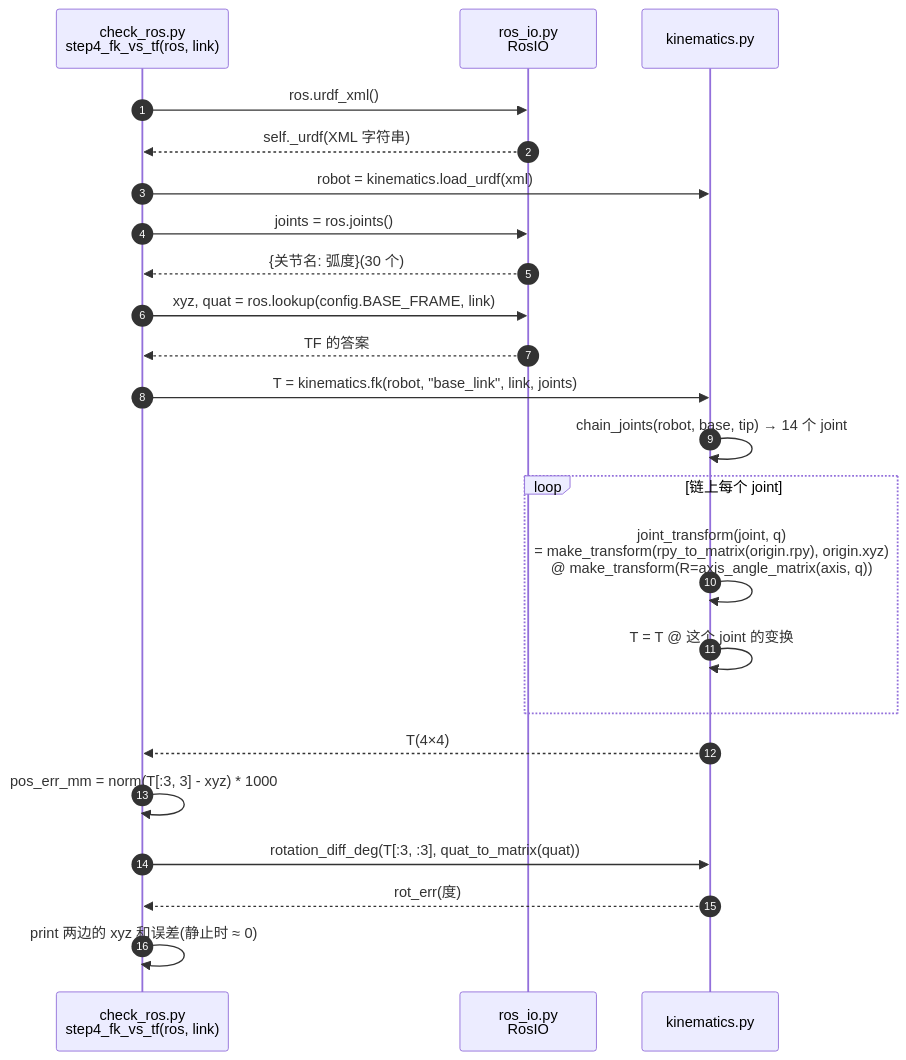
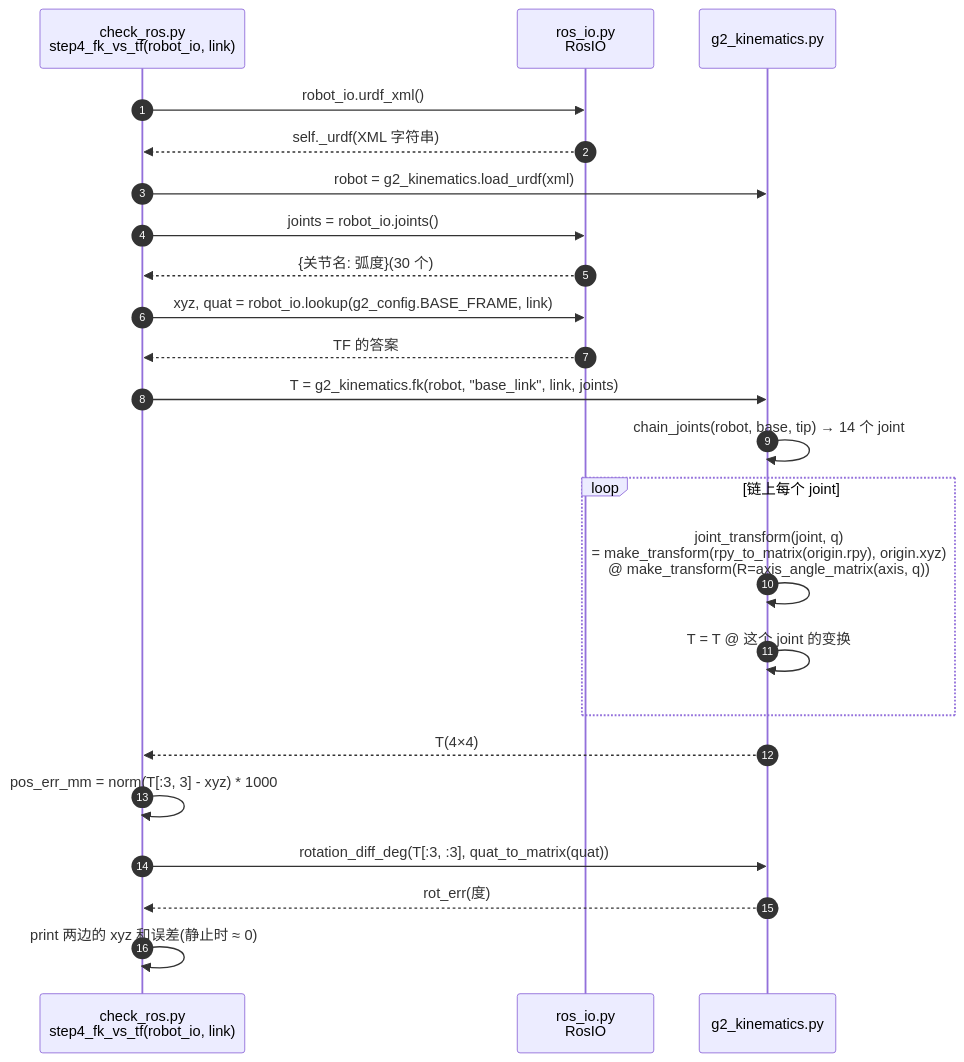
One commit to mikeJoy6/harness_genie_G2 changed the fifth of 6 diagrams in learning/stage2_ros/README.md. Above: the diagram before and after it, drawn with Mermaid. The commit also changed other lines of this file and 78 other files, not shown here.

````diff
--- a/learning/stage2_ros/README.md
+++ b/learning/stage2_ros/README.md
@@ -161,28 +161,28 @@
 ```mermaid
 sequenceDiagram
     autonumber
-    participant C as check_ros.py<br/>step4_fk_vs_tf(ros, link)
+    participant C as check_ros.py<br/>step4_fk_vs_tf(robot_io, link)
     participant R as ros_io.py<br/>RosIO
-    participant K as kinematics.py
+    participant K as g2_kinematics.py
 
-    C->>R: ros.urdf_xml()
+    C->>R: robot_io.urdf_xml()
     R-->>C: self._urdf(XML 字符串)
-    C->>K: robot = kinematics.load_urdf(xml)
-    C->>R: joints = ros.joints()
+    C->>K: robot = g2_kinematics.load_urdf(xml)
+    C->>R: joints = robot_io.joints()
     R-->>C: {关节名: 弧度}(30 个)
-    C->>R: xyz, quat = ros.lookup(config.BASE_FRAME, link)
+    C->>R: xyz, quat = robot_io.lookup(g2_config.BASE_FRAME, link)
     R-->>C: TF 的答案
 
-    C->>K: T = kinematics.fk(robot, "base_link", link, joints)
+    C->>K: T = g2_kinematics.fk(robot, "base_link", link, joints)
     K->>K: chain_joints(robot, base, tip) → 14 个 joint
     loop 链上每个 joint
         K->>K: joint_transform(joint, q)<br/>= make_transform(rpy_to_matrix(origin.rpy), origin.xyz)<br/>@ make_transform(R=axis_angle_matrix(axis, q))
         K->>K: T = T @ 这个 joint 的变换
     end
     K-->>C: T(4×4)
 
     C->>C: pos_err_mm = norm(T[:3, 3] - xyz) * 1000
     C->>K: rotation_diff_deg(T[:3, :3], quat_to_matrix(quat))
     K-->>C: rot_err(度)
     C->>C: print 两边的 xyz 和误差(静止时 ≈ 0)
 ```
````
